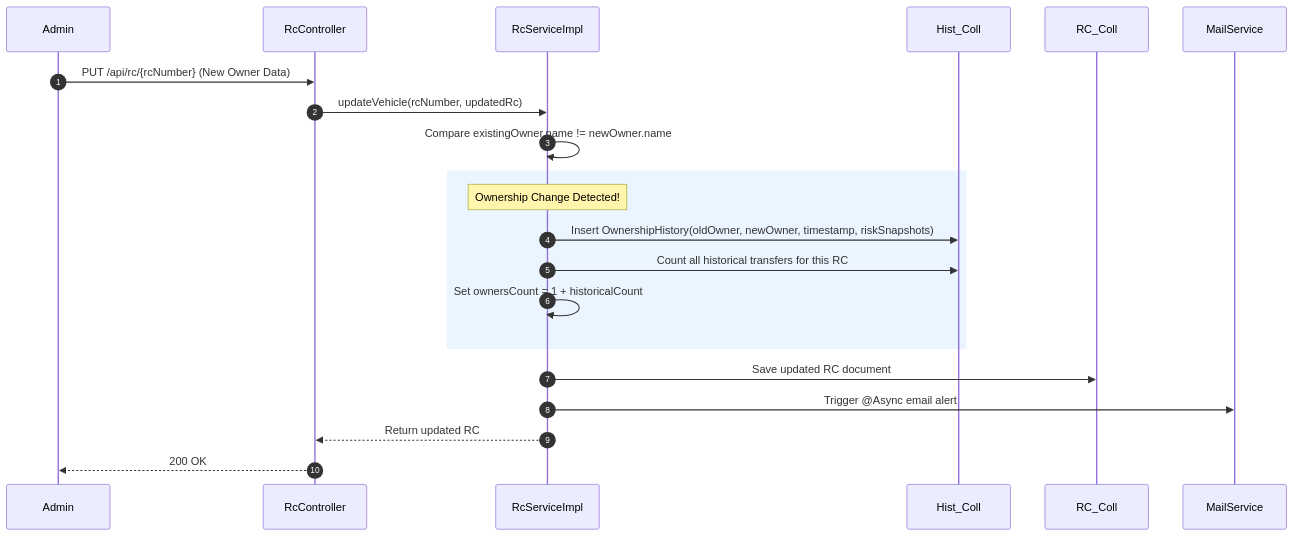
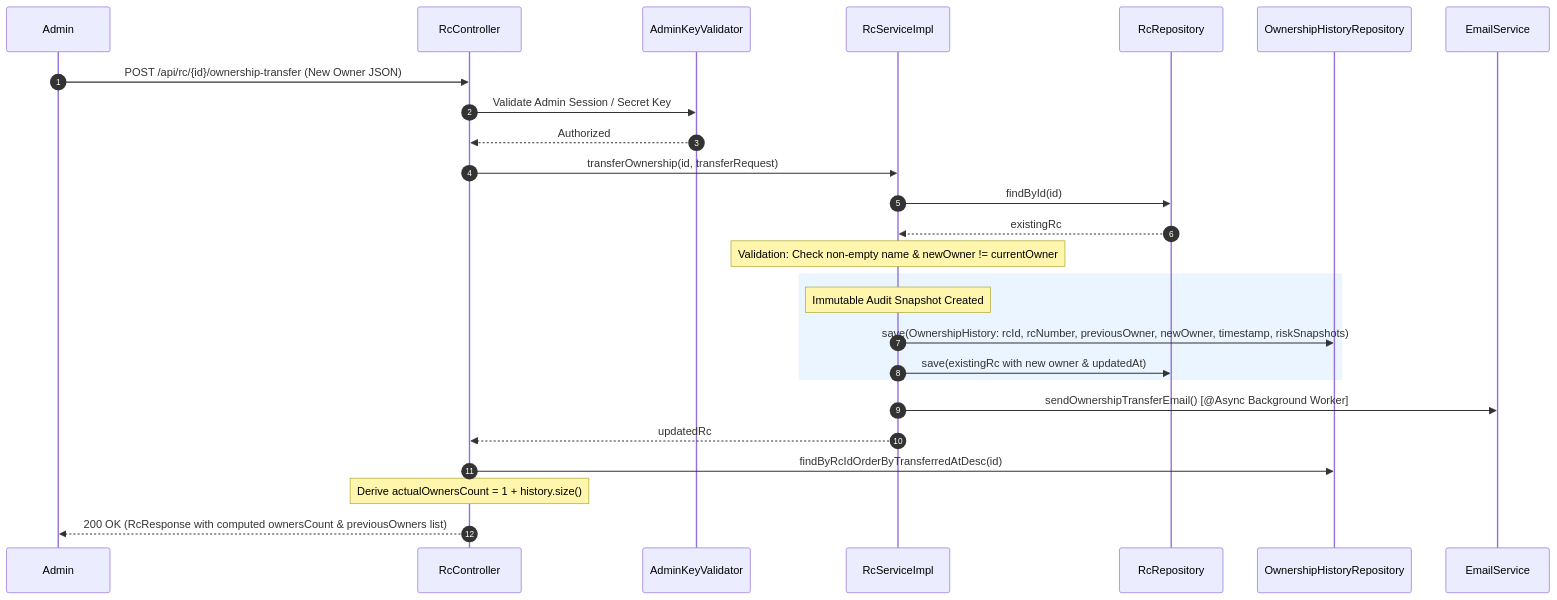
Before and after one commit to rohithgowda18/Notes: the second of 2 diagrams in 09-Projects/Drive Verify - Vehicle Registration & Fraud Verification.md, drawn with Mermaid. The commit also changed other lines of this file, not shown here.

````diff
--- a/09-Projects/Drive Verify - Vehicle Registration & Fraud Verification.md
+++ b/09-Projects/Drive Verify - Vehicle Registration & Fraud Verification.md
@@ -134,19 +164,25 @@
 ```mermaid
 sequenceDiagram
     autonumber
-    Admin->>RcController: PUT /api/rc/{rcNumber} (New Owner Data)
-    RcController->>RcServiceImpl: updateVehicle(rcNumber, updatedRc)
-    RcServiceImpl->>RcServiceImpl: Compare existingOwner.name != newOwner.name
+    Admin->>RcController: POST /api/rc/{id}/ownership-transfer (New Owner JSON)
+    RcController->>AdminKeyValidator: Validate Admin Session / Secret Key
+    AdminKeyValidator-->>RcController: Authorized
+    RcController->>RcServiceImpl: transferOwnership(id, transferRequest)
+    
+    RcServiceImpl->>RcRepository: findById(id)
+    RcRepository-->>RcServiceImpl: existingRc
+    
+    Note over RcServiceImpl: Validation: Check non-empty name & newOwner != currentOwner
     
     rect rgb(235, 245, 255)
-        Note over RcServiceImpl: Ownership Change Detected!
-        RcServiceImpl->>Hist_Coll: Insert OwnershipHistory(oldOwner, newOwner, timestamp, riskSnapshots)
-        RcServiceImpl->>Hist_Coll: Count all historical transfers for this RC
-        RcServiceImpl->>RcServiceImpl: Set ownersCount = 1 + historicalCount
+        Note over RcServiceImpl: Immutable Audit Snapshot Created
+        RcServiceImpl->>OwnershipHistoryRepository: save(OwnershipHistory: rcId, rcNumber, previousOwner, newOwner, timestamp, riskSnapshots)
+        RcServiceImpl->>RcRepository: save(existingRc with new owner & updatedAt)
     end
 
-    RcServiceImpl->>RC_Coll: Save updated RC document
-    RcServiceImpl->>MailService: Trigger @Async email alert
-    RcServiceImpl-->>RcController: Return updated RC
-    RcController-->>Admin: 200 OK
+    RcServiceImpl->>EmailService: sendOwnershipTransferEmail() [@Async Background Worker]
+    RcServiceImpl-->>RcController: updatedRc
+    RcController->>OwnershipHistoryRepository: findByRcIdOrderByTransferredAtDesc(id)
+    Note over RcController: Derive actualOwnersCount = 1 + history.size()
+    RcController-->>Admin: 200 OK (RcResponse with computed ownersCount & previousOwners list)
 ```
````
